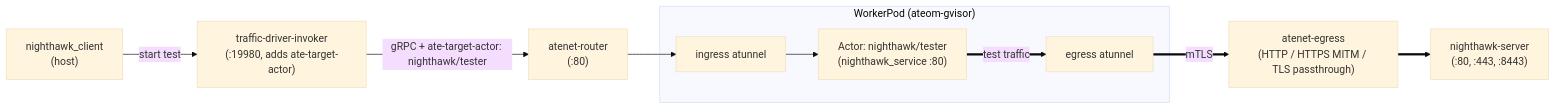
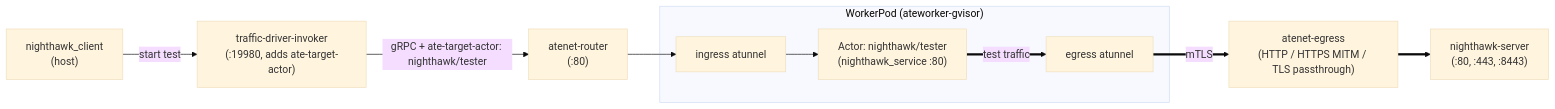
Before and after one commit to agent-substrate/substrate: the diagram in benchmarking/nighthawk-egress/README.md, drawn with Mermaid (base theme). The commit also changed 215 other files, not shown here.

First line of the commit message:
rename ateom binaries and images to ateworker

````diff
--- a/benchmarking/nighthawk-egress/README.md
+++ b/benchmarking/nighthawk-egress/README.md
@@ -7,23 +7,23 @@
 ```mermaid
 flowchart LR
     client["nighthawk_client<br/>(host)"]
     invoker["traffic-driver-invoker<br/>(:19980, adds ate-target-actor)"]
     router["atenet-router<br/>(:80)"]
 
-    subgraph worker["WorkerPod (ateom-gvisor)"]
+    subgraph worker["WorkerPod (ateworker-gvisor)"]
         atunnel-ingress["ingress atunnel"]
         actor["Actor: nighthawk/tester<br/>(nighthawk_service :80)"]
         atunnel-egress["egress atunnel"]
     end
 
     egress["atenet-egress<br/>(HTTP / HTTPS MITM / TLS passthrough)"]
     server["nighthawk-server<br/>(:80, :443, :8443)"]
 
     client -->|"start test"| invoker
     invoker -->|"gRPC + ate-target-actor: nighthawk/tester"| router
     router --> atunnel-ingress
     atunnel-ingress --> actor
     actor ==>|"test traffic"| atunnel-egress
     atunnel-egress ==>|"mTLS"| egress
     egress ==> server
 ```
````
